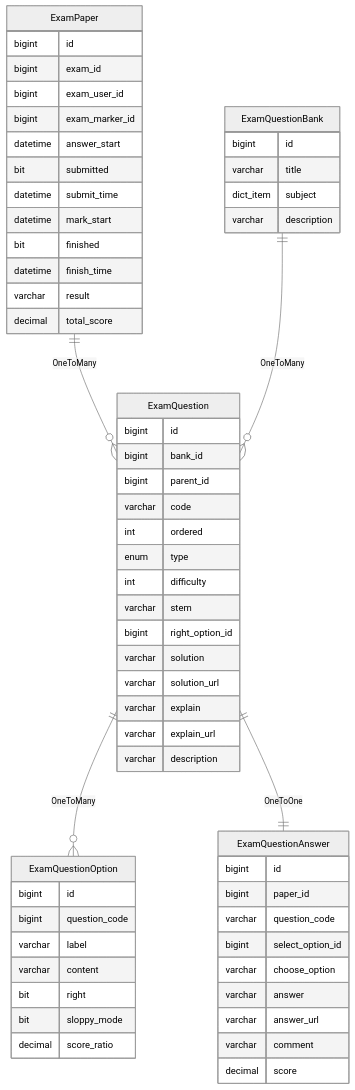
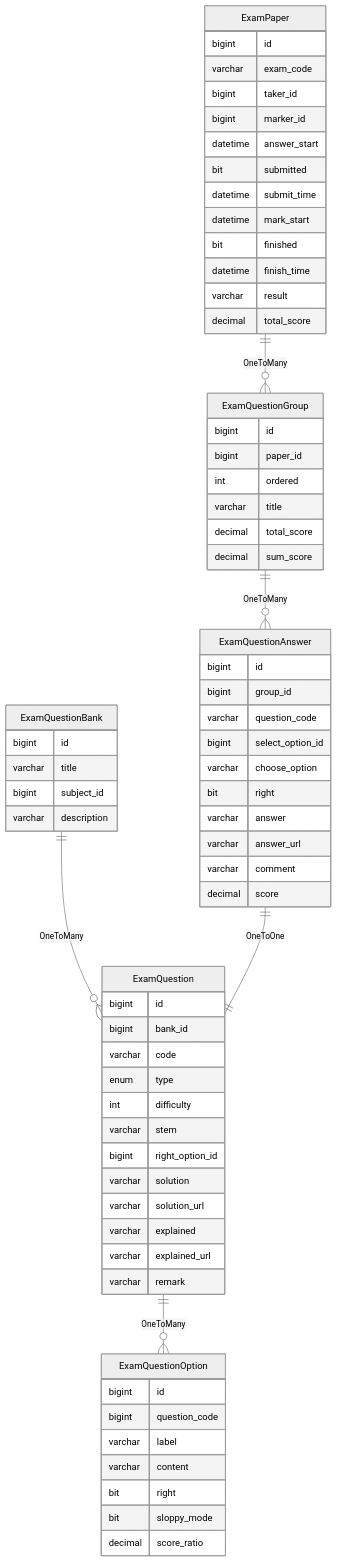
The second of 2 diagrams in docs/1.develop/1.10.exam.md (mrzhqiang/rowing), drawn with Mermaid (neutral theme) before and after one commit. The commit also changed other lines of this file and 223 other files, not shown here.

````diff
--- a/docs/1.develop/1.10.exam.md
+++ b/docs/1.develop/1.10.exam.md
@@ -147,63 +136,71 @@
 ```mermaid
 erDiagram
-  ExamPaper ||--o{ ExamQuestion : OneToMany
   ExamQuestionBank ||--o{ ExamQuestion : OneToMany
   ExamQuestion ||--o{ ExamQuestionOption : OneToMany
-  ExamQuestion ||--|| ExamQuestionAnswer : OneToOne
-  ExamPaper {
-    bigint    id
-    bigint    exam_id
-    bigint    exam_user_id
-    bigint    exam_marker_id
-    datetime  answer_start
-    bit       submitted
-    datetime  submit_time
-    datetime  mark_start
-    bit       finished
-    datetime  finish_time
-    varchar   result
-    decimal   total_score
-  }
+  ExamPaper ||--o{ ExamQuestionGroup : OneToMany
+  ExamQuestionGroup ||--o{ ExamQuestionAnswer : OneToMany
+  ExamQuestionAnswer ||--|| ExamQuestion : OneToOne
   ExamQuestionBank {
     bigint    id
     varchar   title
-    dict_item subject
+    bigint    subject_id
     varchar   description
   }
   ExamQuestion {
     bigint    id
     bigint    bank_id
-    bigint    parent_id
     varchar   code
-    int       ordered
     enum      type
     int       difficulty
     varchar   stem
     bigint    right_option_id
     varchar   solution
     varchar   solution_url
-    varchar   explain
-    varchar   explain_url
-    varchar   description
+    varchar   explained
+    varchar   explained_url
+    varchar   remark
   }
   ExamQuestionOption {
     bigint    id
     bigint    question_code
     varchar   label
     varchar   content
     bit       right
     bit       sloppy_mode
     decimal   score_ratio
   }
+  ExamPaper {
+    bigint    id
+    varchar   exam_code
+    bigint    taker_id
+    bigint    marker_id
+    datetime  answer_start
+    bit       submitted
+    datetime  submit_time
+    datetime  mark_start
+    bit       finished
+    datetime  finish_time
+    varchar   result
+    decimal   total_score
+  }
+  ExamQuestionGroup {
+    bigint    id
+    bigint    paper_id
+    int       ordered
+    varchar   title
+    decimal   total_score
+    decimal   sum_score
+  }
   ExamQuestionAnswer {
     bigint    id
-    bigint    paper_id
+    bigint    group_id
     varchar   question_code
     bigint    select_option_id
     varchar   choose_option
+    bit       right
     varchar   answer
     varchar   answer_url
     varchar   comment
     decimal   score
   }
 ```
````
